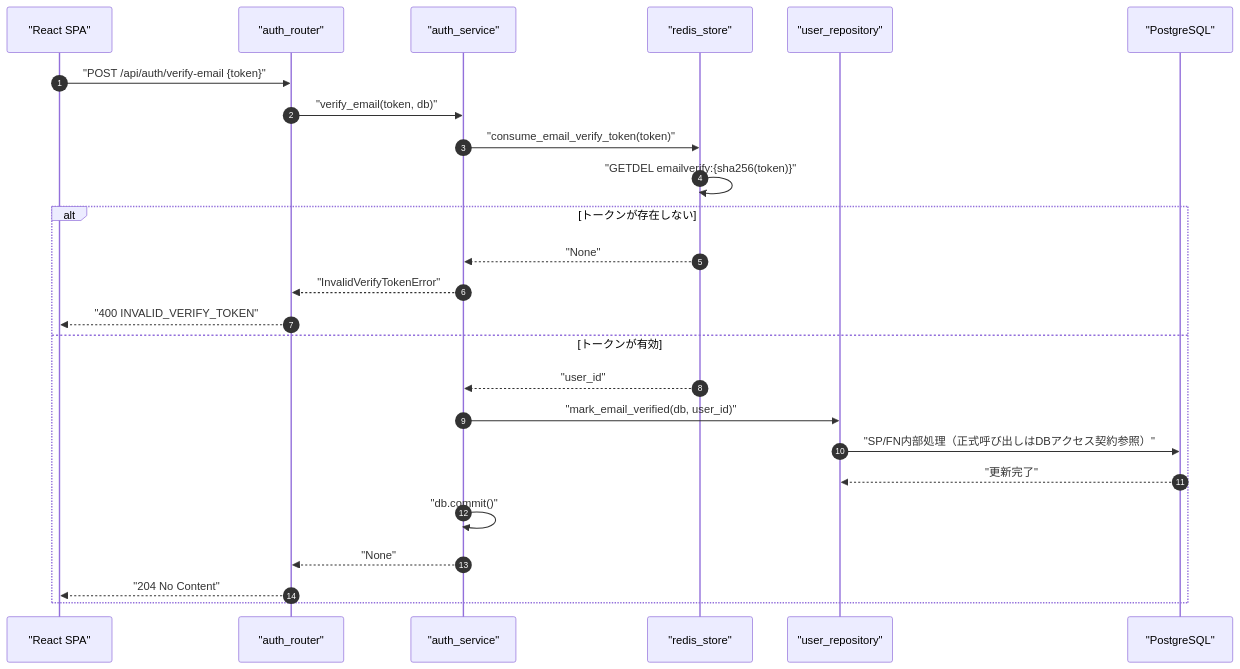
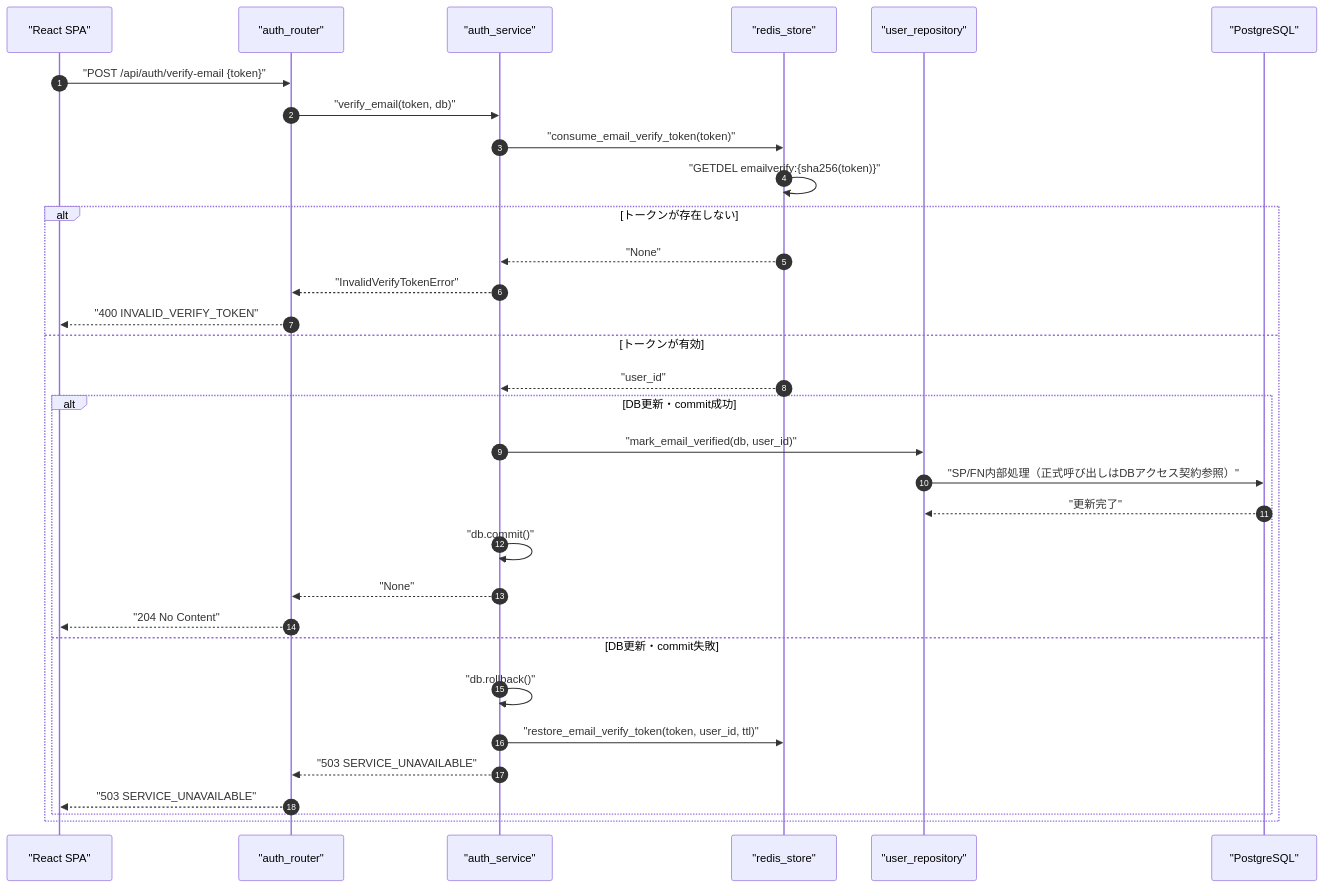
One commit to oikawa-d/task_management changed the first of 4 diagrams in docs/detailed_design/api/auth/07_post_auth_verify_email.md. Above: the diagram before and after it, drawn with Mermaid. The commit also changed other lines of this file and 80 other files, not shown here.

````diff
--- a/docs/detailed_design/api/auth/07_post_auth_verify_email.md
+++ b/docs/detailed_design/api/auth/07_post_auth_verify_email.md
@@ -86,28 +86,35 @@
 ```mermaid
 sequenceDiagram
     autonumber
     participant FE as "React SPA"
     participant R as "auth_router"
     participant S as "auth_service"
     participant RD as "redis_store"
     participant UR as "user_repository"
     participant PG as "PostgreSQL"
 
     FE->>R: "POST /api/auth/verify-email {token}"
     R->>S: "verify_email(token, db)"
     S->>RD: "consume_email_verify_token(token)"
     RD->>RD: "GETDEL emailverify:{sha256(token)}"
     alt トークンが存在しない
         RD-->>S: "None"
         S-->>R: "InvalidVerifyTokenError"
         R-->>FE: "400 INVALID_VERIFY_TOKEN"
     else トークンが有効
         RD-->>S: "user_id"
-        S->>UR: "mark_email_verified(db, user_id)"
-        UR->>PG: "SP/FN内部処理（正式呼び出しはDBアクセス契約参照）"
-        PG-->>UR: "更新完了"
-        S->>S: "db.commit()"
-        S-->>R: "None"
-        R-->>FE: "204 No Content"
+        alt DB更新・commit成功
+            S->>UR: "mark_email_verified(db, user_id)"
+            UR->>PG: "SP/FN内部処理（正式呼び出しはDBアクセス契約参照）"
+            PG-->>UR: "更新完了"
+            S->>S: "db.commit()"
+            S-->>R: "None"
+            R-->>FE: "204 No Content"
+        else DB更新・commit失敗
+            S->>S: "db.rollback()"
+            S->>RD: "restore_email_verify_token(token, user_id, ttl)"
+            S-->>R: "503 SERVICE_UNAVAILABLE"
+            R-->>FE: "503 SERVICE_UNAVAILABLE"
+        end
     end
 ```
````
